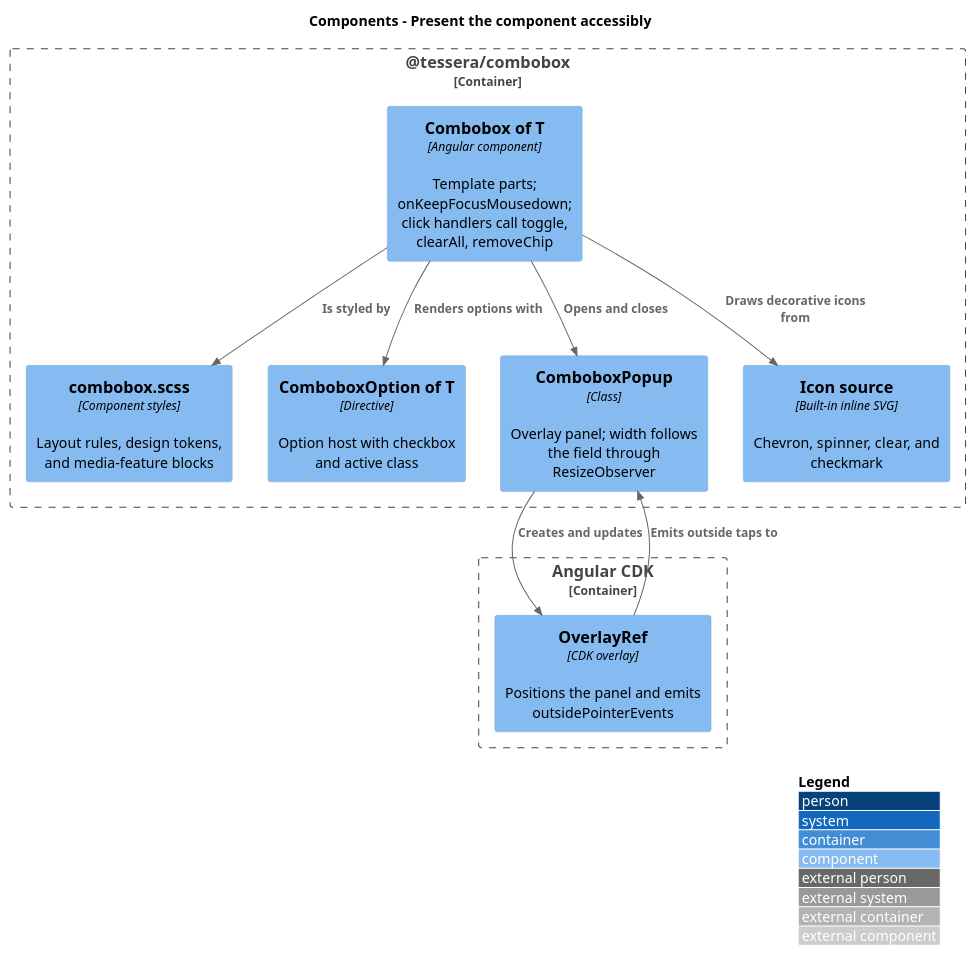
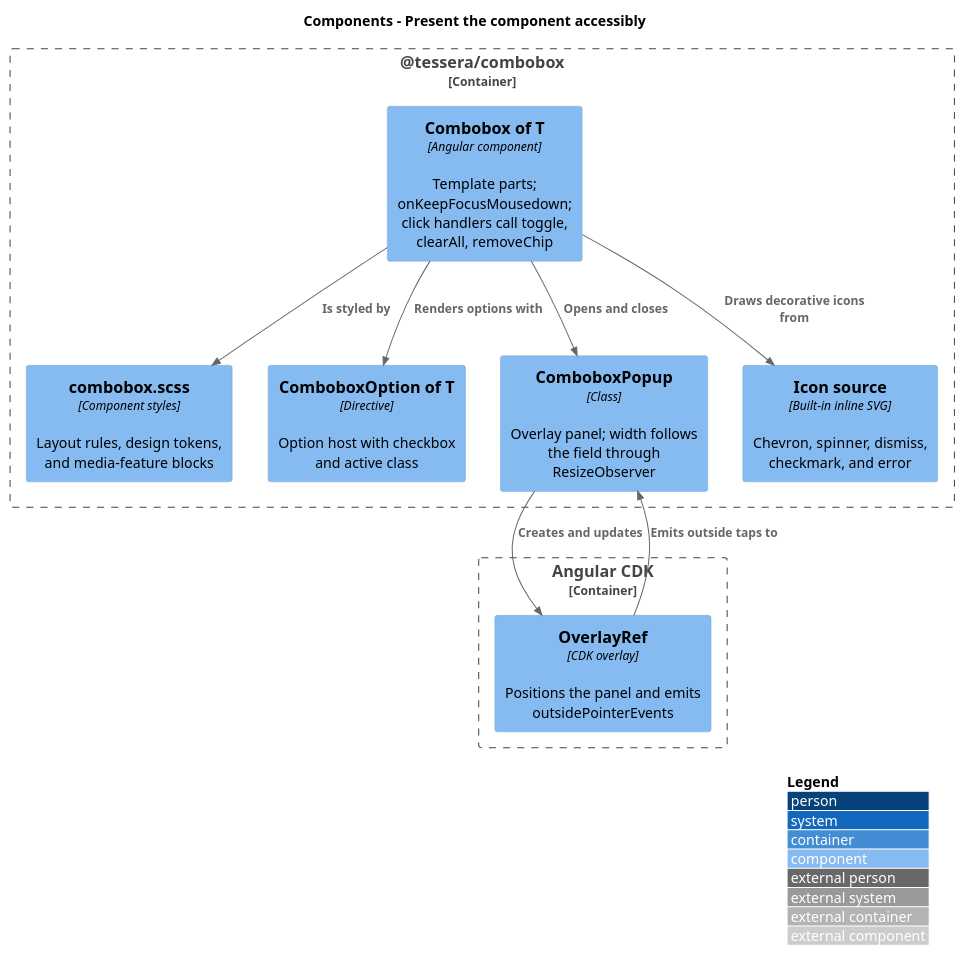
One commit to QuinntyneBrown/Tessera changed the diagram in docs/detailed-designs/combobox/present-accessibly/diagrams/c4-component.puml. Above: the diagram before and after it, drawn with PlantUML. The commit also changed 26 other files, not shown here.

```diff
--- a/docs/detailed-designs/combobox/present-accessibly/diagrams/c4-component.puml
+++ b/docs/detailed-designs/combobox/present-accessibly/diagrams/c4-component.puml
@@ -1,23 +1,23 @@
 @startuml
 !include <C4/C4_Component>
 LAYOUT_WITH_LEGEND()
 title Components - Present the component accessibly
 
 Container_Boundary(pkg, "@tessera/combobox") {
   Component(combobox, "Combobox of T", "Angular component", "Template parts; onKeepFocusMousedown; click handlers call toggle, clearAll, removeChip")
   Component(styles, "combobox.scss", "Component styles", "Layout rules, design tokens, and media-feature blocks")
   Component(option, "ComboboxOption of T", "Directive", "Option host with checkbox and active class")
   Component(popup, "ComboboxPopup", "Class", "Overlay panel; width follows the field through ResizeObserver")
-  Component(icons, "Icon source", "Built-in inline SVG", "Chevron, spinner, clear, and checkmark")
+  Component(icons, "Icon source", "Built-in inline SVG", "Chevron, spinner, dismiss, checkmark, and error")
 }
 Container_Boundary(cdk, "Angular CDK") {
   Component(overlay, "OverlayRef", "CDK overlay", "Positions the panel and emits outsidePointerEvents")
 }
 
 Rel(combobox, styles, "Is styled by")
 Rel(combobox, option, "Renders options with")
 Rel(combobox, popup, "Opens and closes")
 Rel(combobox, icons, "Draws decorative icons from")
 Rel(popup, overlay, "Creates and updates")
 Rel(overlay, popup, "Emits outside taps to")
 @enduml
```
